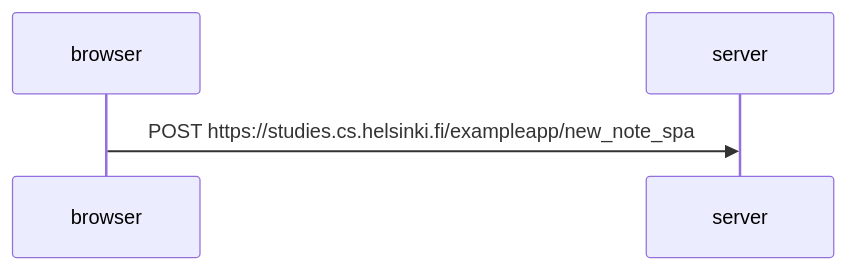
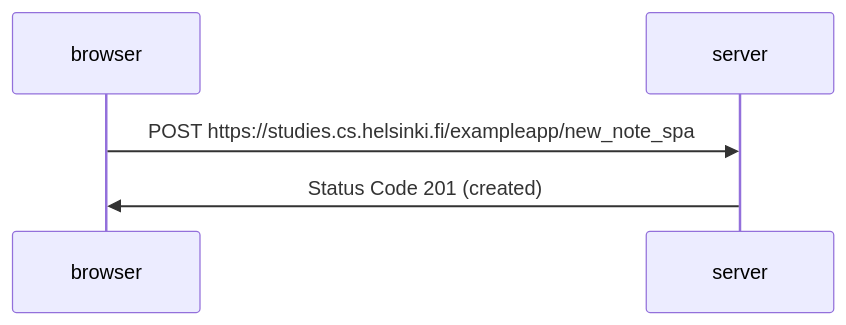
Before and after one commit to jussiiih/Full-Stack-Open: the diagram in osa0/0.6: Uusi muistiinpano.md, drawn with Mermaid.

Commit message:
Update 0.6: Uusi muistiinpano.md

````diff
--- a/osa0/0.6: Uusi muistiinpano.md
+++ b/osa0/0.6: Uusi muistiinpano.md
@@ -1,7 +1,9 @@
 ```mermaid
 sequenceDiagram
     participant browser
     participant server
 
     browser->>server: POST https://studies.cs.helsinki.fi/exampleapp/new_note_spa
+    server->>browser: Status Code 201 (created)
+
 ```
````
